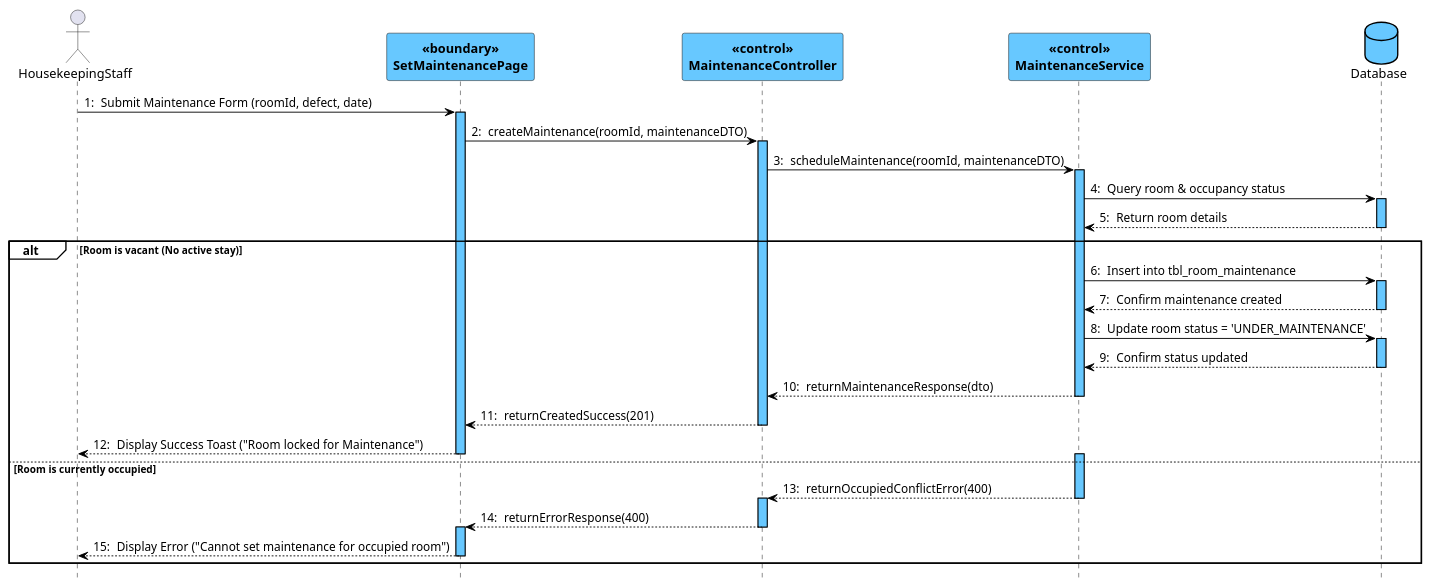
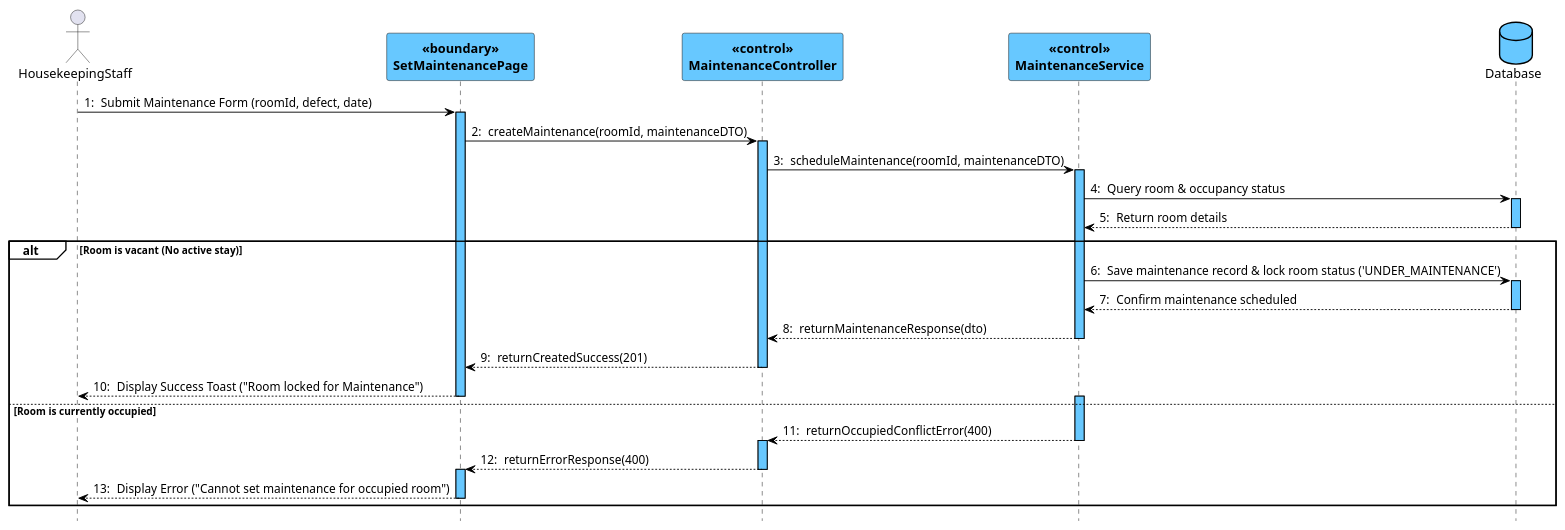
One commit to hieupeek/sba_doc changed the third of 7 diagrams in docs/Class + Sequence/Sequence Diagram(s) (PlantUML).md. Above: the diagram before and after it, drawn with PlantUML. The commit also changed other lines of this file and 8 other files, not shown here.

Commit message:
docs: streamline database interactions to transaction-level operations in sequence diagrams

````diff
--- a/docs/Class + Sequence/Sequence Diagram(s) (PlantUML).md
+++ b/docs/Class + Sequence/Sequence Diagram(s) (PlantUML).md
@@ -179,78 +179,73 @@
 ```plantuml
 @startuml
 skinparam shadowed false
 autonumber 1 "0: "
 hide footbox
 
 skinparam participantBackgroundColor #67C8FF
 skinparam participantBorderColor #000000
 skinparam participantFontColor #000000
 skinparam participantFontStyle bold
 
 skinparam databaseBackgroundColor #67C8FF
 skinparam databaseBorderColor #000000
 skinparam databaseFontColor #000000
 
 skinparam sequenceLifeLineBackgroundColor #67C8FF
 skinparam sequenceLifeLineBorderColor #000000
 skinparam sequenceArrowColor #000000
 
 skinparam SequenceGroupFontColor #000000
 skinparam SequenceGroupFontStyle bold
 skinparam SequenceGroupHeaderFontColor #000000
 skinparam SequenceGroupHeaderFontStyle bold
 skinparam SequenceGroupBorderColor #000000
 skinparam SequenceGroupBackgroundColor transparent
 
 actor HousekeepingStaff
 participant SetMaintenancePage <<boundary>>
 participant MaintenanceController <<control>>
 participant MaintenanceService <<control>>
 database Database
 
 HousekeepingStaff -> SetMaintenancePage : Submit Maintenance Form (roomId, defect, date)
 activate SetMaintenancePage
 
 SetMaintenancePage -> MaintenanceController : createMaintenance(roomId, maintenanceDTO)
 activate MaintenanceController
 
 MaintenanceController -> MaintenanceService : scheduleMaintenance(roomId, maintenanceDTO)
 activate MaintenanceService
 
 MaintenanceService -> Database : Query room & occupancy status
 activate Database
 Database --> MaintenanceService : Return room details
 deactivate Database
 
 alt Room is vacant (No active stay)
-    MaintenanceService -> Database : Insert into tbl_room_maintenance
+    MaintenanceService -> Database : Save maintenance record & lock room status ('UNDER_MAINTENANCE')
     activate Database
-    Database --> MaintenanceService : Confirm maintenance created
-    deactivate Database
-
-    MaintenanceService -> Database : Update room status = 'UNDER_MAINTENANCE'
-    activate Database
-    Database --> MaintenanceService : Confirm status updated
+    Database --> MaintenanceService : Confirm maintenance scheduled
     deactivate Database
 
     MaintenanceService --> MaintenanceController : returnMaintenanceResponse(dto)
     deactivate MaintenanceService
 
     MaintenanceController --> SetMaintenancePage : returnCreatedSuccess(201)
     deactivate MaintenanceController
 
     SetMaintenancePage --> HousekeepingStaff : Display Success Toast ("Room locked for Maintenance")
     deactivate SetMaintenancePage
 else Room is currently occupied
     activate MaintenanceService
     MaintenanceService --> MaintenanceController : returnOccupiedConflictError(400)
     deactivate MaintenanceService
     activate MaintenanceController
     MaintenanceController --> SetMaintenancePage : returnErrorResponse(400)
     deactivate MaintenanceController
     activate SetMaintenancePage
     SetMaintenancePage --> HousekeepingStaff : Display Error ("Cannot set maintenance for occupied room")
     deactivate SetMaintenancePage
 end
 @enduml
 ```
````
